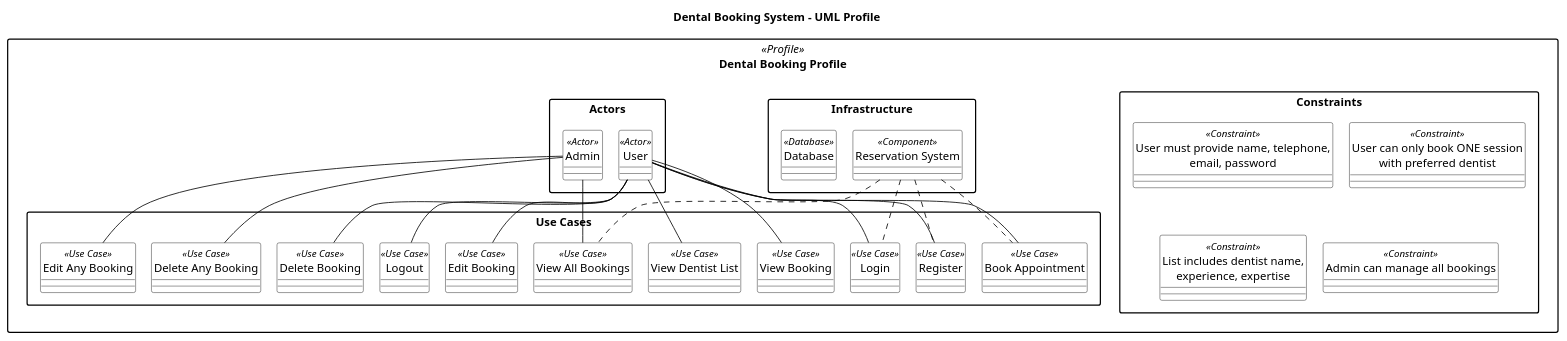
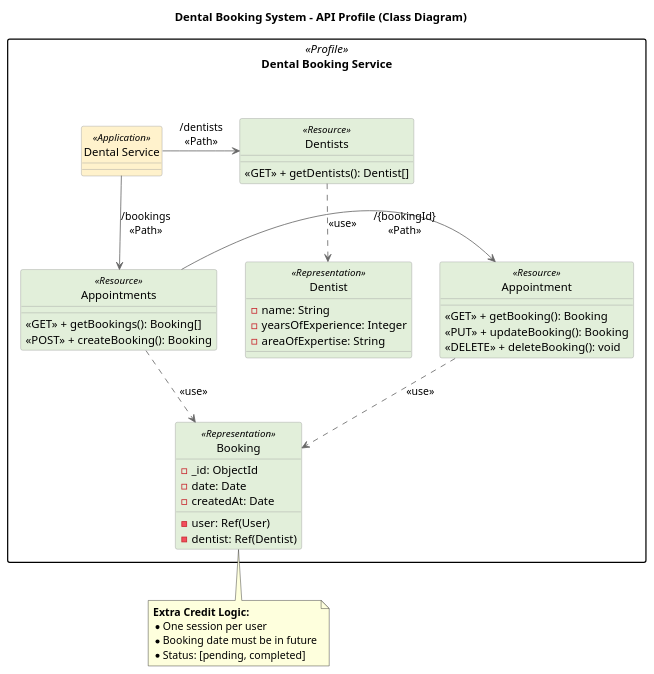
One commit to 2110503-CEDT68/be-project-68-noobprogod changed the diagram in ClassDiagram.puml. Above: the diagram before and after it, drawn with PlantUML. The commit also changed 7 other files, not shown here.

Commit message:
Edit Diagrams

```diff
--- a/ClassDiagram.puml
+++ b/ClassDiagram.puml
@@ -1,75 +1,74 @@
 @startuml
-title Dental Booking System - UML Profile
+title Dental Booking System - API Profile (Class Diagram)
 
-' --- Configuration for Profile Look ---
-skinparam monochrome true
+' --- Style Configuration ---
+skinparam monochrome false
 skinparam shadowing false
 skinparam packageStyle rectangle
-skinparam nodesep 20
-skinparam ranksep 50
-
-' Define stereotypes with icons
-hide circle
 skinparam class {
     BackgroundColor White
-    ArrowColor Black
-    BorderColor Black
+    ArrowColor #666666
+    BorderColor #999999
+}
+hide circle
+
+' --- API Service Profile ---
+package "Dental Booking Service" <<Profile>> {
+
+    class "Dental Service" as Service <<Application>> #FFF2CC {
+    }
+
+    ' --- Dentists Resource ---
+    class "Dentists" as DentistsResource <<Resource>> #E2EFDA {
+        <<GET>> + getDentists(): Dentist[]
+    }
+
+    ' --- Appointments Resource ---
+    class "Appointments" as BookingsResource <<Resource>> #E2EFDA {
+        <<GET>> + getBookings(): Booking[]
+        <<POST>> + createBooking(): Booking
+    }
+
+    class "Appointment" as BookingResource <<Resource>> #E2EFDA {
+        <<GET>> + getBooking(): Booking
+        <<PUT>> + updateBooking(): Booking
+        <<DELETE>> + deleteBooking(): void
+    }
+
+    ' --- Representations (Data Models) ---
+    class "Dentist" as DentistModel <<Representation>> #E2EFDA {
+        - name: String
+        - yearsOfExperience: Integer
+        - areaOfExpertise: String
+    }
+
+    class "Booking" as BookingModel <<Representation>> #E2EFDA {
+        - _id: ObjectId
+        - user: Ref(User)
+        - dentist: Ref(Dentist)
+        - date: Date
+        - createdAt: Date
+    }
+
 }
 
-' --- Elements Hierarchy ---
-package "Dental Booking Profile" <<Profile>> {
+' --- Relationships (RESTful Path) ---
+Service -right-> DentistsResource : /dentists\n<<Path>>
+Service -down-> BookingsResource : /bookings\n<<Path>>
 
-    package "Infrastructure" {
-        class "Reservation System" as System <<Component>>
-        class "Database" as DB <<Database>>
-    }
+BookingsResource -right-> BookingResource : /{bookingId}\n<<Path>>
 
-    package "Constraints" {
-        class "User must provide name, telephone,\nemail, password" as C1 <<Constraint>>
-        class "User can only book ONE session\nwith preferred dentist" as C2 <<Constraint>>
-        class "List includes dentist name,\nexperience, expertise" as C3 <<Constraint>>
-        class "Admin can manage all bookings" as C4 <<Constraint>>
-    }
+' --- Data Usage ---
+DentistsResource ..> DentistModel : <<use>>
+BookingsResource ..> BookingModel : <<use>>
+BookingResource ..> BookingModel : <<use>>
 
-    package "Actors" {
-        class User <<Actor>>
-        class Admin <<Actor>>
-    }
-
-    package "Use Cases" {
-        class Register <<Use Case>>
-        class Login <<Use Case>>
-        class Logout <<Use Case>>
-        class "View Dentist List" as ViewD <<Use Case>>
-        class "Book Appointment" as Book <<Use Case>>
-        class "View Booking" as ViewB <<Use Case>>
-        class "Edit Booking" as EditB <<Use Case>>
-        class "Delete Booking" as DelB <<Use Case>>
-        
-        class "View All Bookings" as ViewAll <<Use Case>>
-        class "Edit Any Booking" as EditAny <<Use Case>>
-        class "Delete Any Booking" as DelAny <<Use Case>>
-    }
-}
-
-' --- Connections (Matching the requested style) ---
-User -- Register
-User -- Login
-User -- Logout
-User -- ViewD
-User -- Book
-User -- ViewB
-User -- EditB
-User -- DelB
-
-Admin -- ViewAll
-Admin -- EditAny
-Admin -- DelAny
-
-' Define that all these relate to the System
-System .. Register
-System .. Login
-System .. Book
-System .. ViewAll
+' --- Extra Credit Ideas (Logic Constraints) ---
+note bottom of BookingModel
+  **Extra Credit Logic:**
+  * One session per user
+  * Booking date must be in future
+  * Status: [pending, completed]
+end note
 
 @enduml
```
